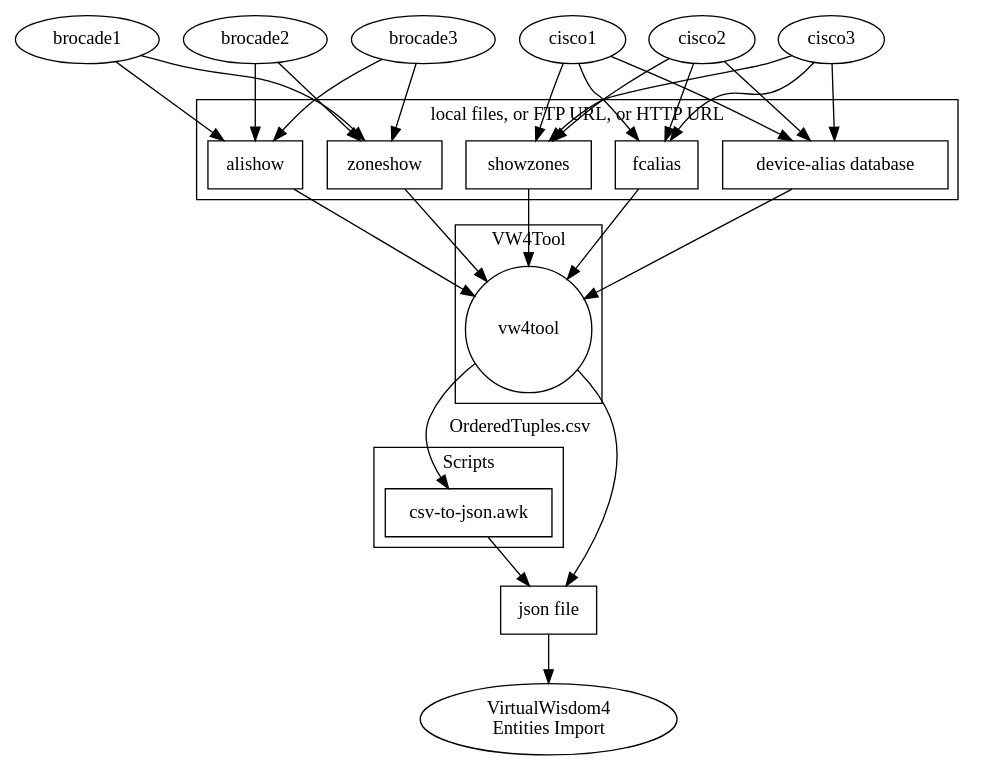
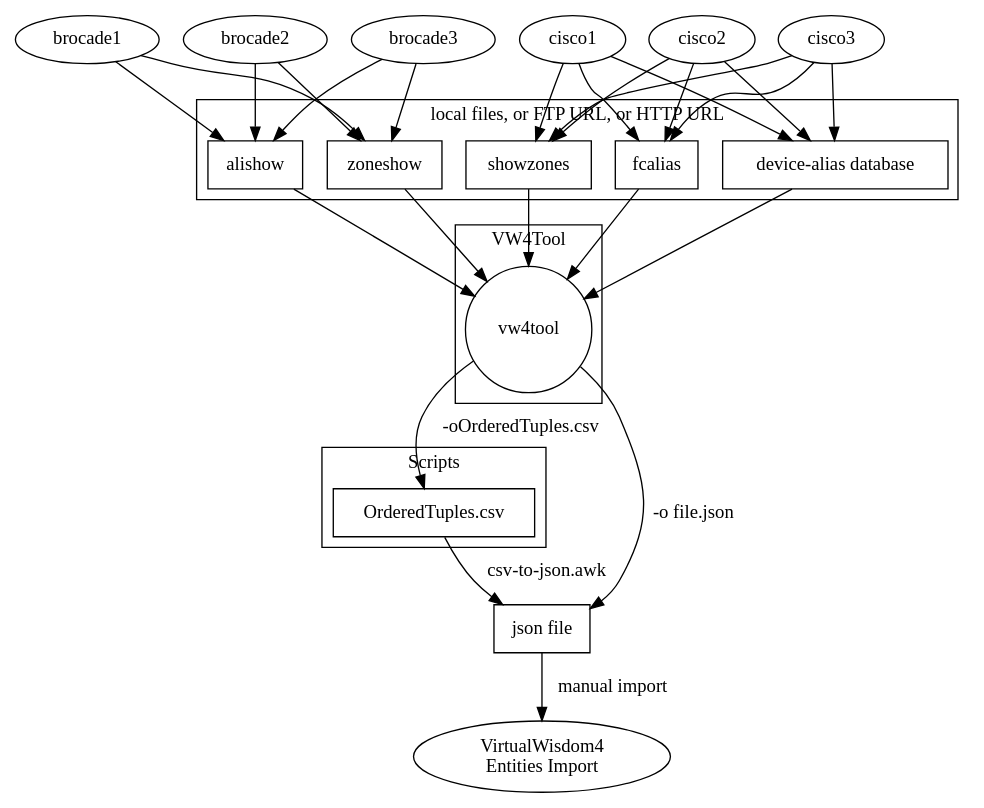
One commit to chickenandpork/vw4tools changed the diagram in docbook/inline_dotgraph_1.dot. Above: the diagram before and after it, drawn with Graphviz. The commit also changed 60 other files, not shown here.

```diff
--- a/docbook/inline_dotgraph_1.dot
+++ b/docbook/inline_dotgraph_1.dot
@@ -1,32 +1,34 @@
  
 digraph TransformUDC
 {
         subgraph cluster_local
         {
                 label="local files, or FTP URL, or HTTP URL" ;
                 node [ shape=rectangle ]
                 file_zoneshow [ label="zoneshow" ]
                 file_showzones [ label="showzones" ]
                 file_fcalias [ label="fcalias" ]
                 file_dad [ label="device-alias database" ]
                 file_alishow [ label="alishow" ]
         }
         subgraph cluster_vw4tool
         {
                 label="VW4Tool"
                 vw4tool [ shape=circle ]
         }
         { brocade1 brocade2 brocade3 } -> { file_zoneshow file_alishow } -> vw4tool
         { cisco1 cisco2 cisco3 } -> { file_fcalias file_showzones file_dad} -> vw4tool
 
         subgraph cluster_scripts
         {
                 label="Scripts"
-                "csv-to-json.awk" [ shape=rectangle ]
+                "OrderedTuples.csv" [ shape=rectangle ]
         }
 
-        vw4tool -> "csv-to-json.awk" [ label="OrderedTuples.csv" ]
+        vw4tool -> "OrderedTuples.csv" [ label="-oOrderedTuples.csv" ]
 
         "json file" [ shape=rectangle ]
-        { "csv-to-json.awk" vw4tool } -> "json file" -> "VirtualWisdom4 \nEntities Import"
+        "OrderedTuples.csv" -> "json file" [ label="csv-to-json.awk" ]
+        vw4tool -> "json file" [ label="-o file.json" ]
+        "json file" -> "VirtualWisdom4 \nEntities Import" [ label="manual import" ]
 }
```
